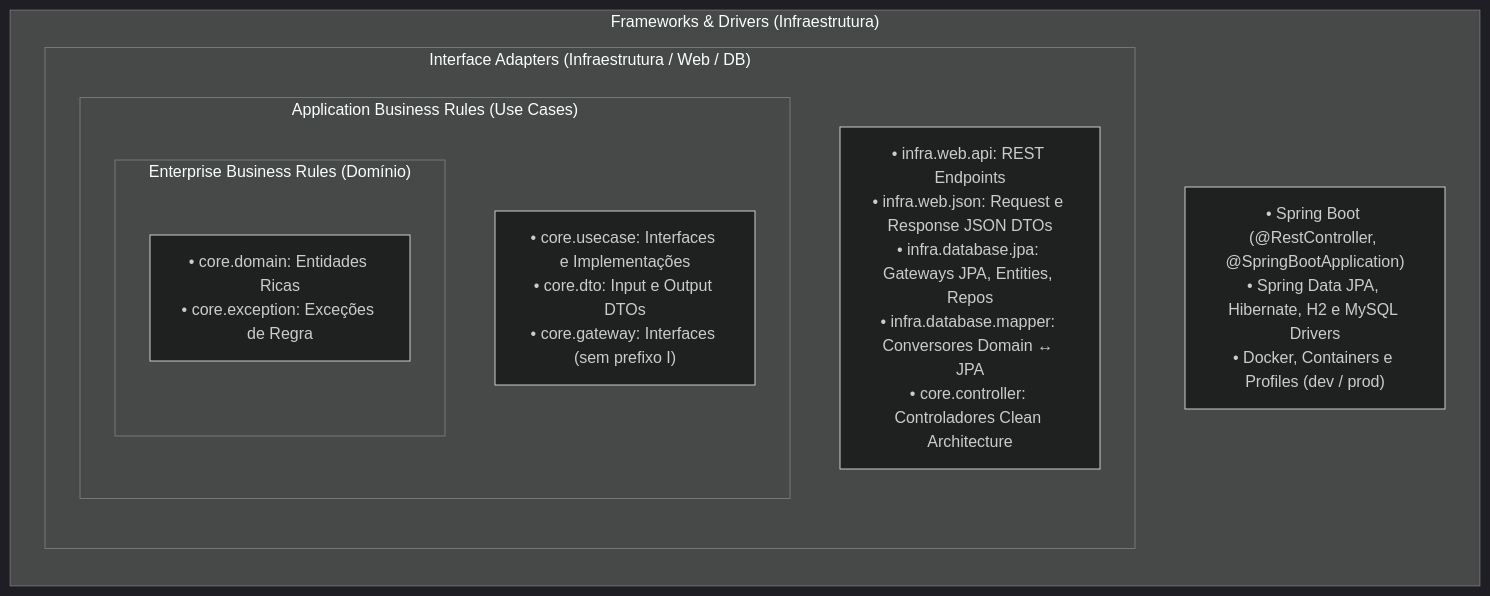
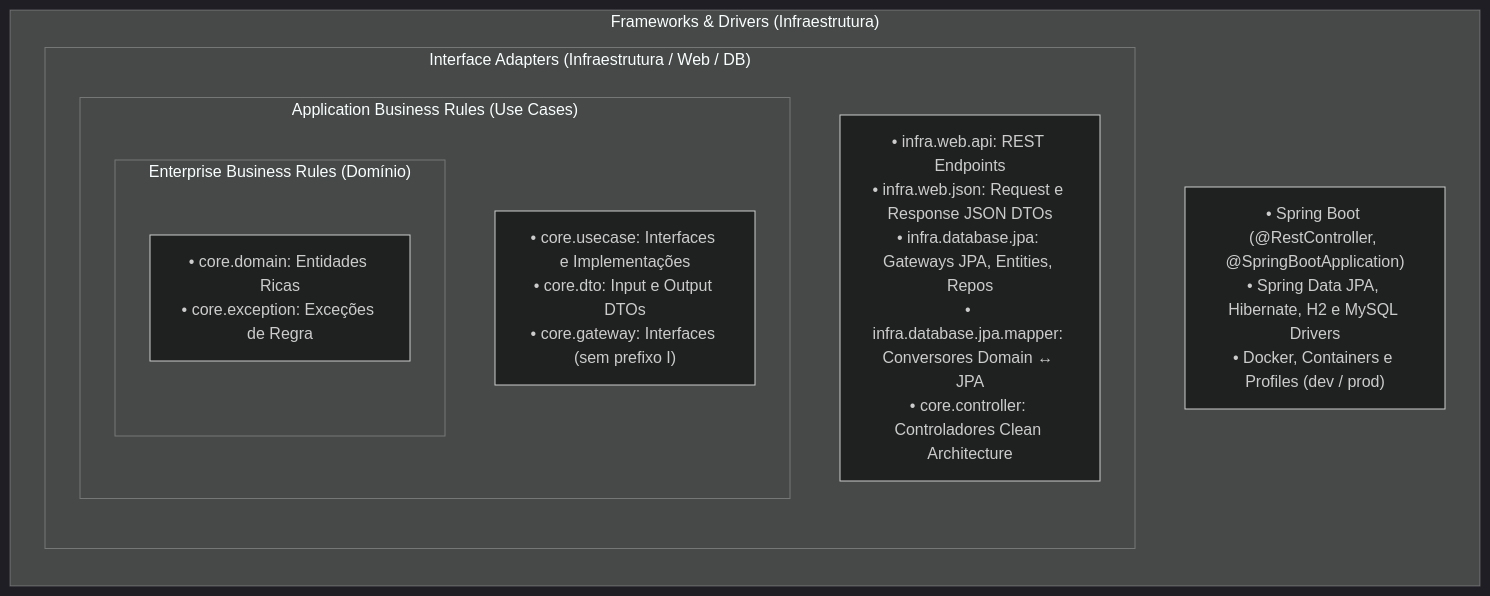
One commit to AlceuMelo-Fiap-PosTech-13ADJT/restaurantes-backend-fase2 changed the first of 2 diagrams in README.md. Above: the diagram before and after it, drawn with Mermaid (dark theme). The commit also changed other lines of this file and 1 other file, not shown here.

````diff
--- a/README.md
+++ b/README.md
@@ -77,22 +77,22 @@
 ```mermaid
 flowchart TD
     subgraph Frameworks["Frameworks & Drivers (Infraestrutura)"]
         direction TB
         FW["• Spring Boot (@RestController, @SpringBootApplication)<br/>• Spring Data JPA, Hibernate, H2 e MySQL Drivers<br/>• Docker, Containers e Profiles (dev / prod)"]
 
         subgraph Adapters["Interface Adapters (Infraestrutura / Web / DB)"]
             direction TB
-            AD["• infra.web.api: REST Endpoints<br/>• infra.web.json: Request e Response JSON DTOs<br/>• infra.database.jpa: Gateways JPA, Entities, Repos<br/>• infra.database.mapper: Conversores Domain ↔ JPA<br/>• core.controller: Controladores Clean Architecture"]
+            AD["• infra.web.api: REST Endpoints<br/>• infra.web.json: Request e Response JSON DTOs<br/>• infra.database.jpa: Gateways JPA, Entities, Repos<br/>• infra.database.jpa.mapper: Conversores Domain ↔ JPA<br/>• core.controller: Controladores Clean Architecture"]
 
             subgraph Application["Application Business Rules (Use Cases)"]
                 direction TB
                 APP["• core.usecase: Interfaces e Implementações<br/>• core.dto: Input e Output DTOs<br/>• core.gateway: Interfaces (sem prefixo I)"]
 
                 subgraph Domain["Enterprise Business Rules (Domínio)"]
                     direction TB
                     DOM["• core.domain: Entidades Ricas<br/>• core.exception: Exceções de Regra"]
                 end
             end
         end
     end
 ```
````
